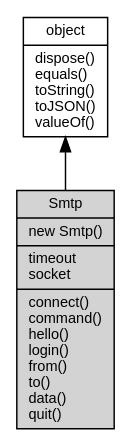
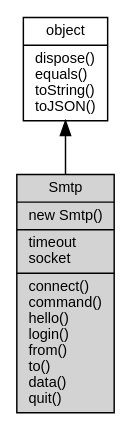
The diagram in docs/manual/object/ifs/Smtp.md (fibjs/fibjs.org), drawn with Graphviz before and after one commit. The commit also changed other lines of this file and 260 other files, not shown here.

````diff
--- a/docs/manual/object/ifs/Smtp.md
+++ b/docs/manual/object/ifs/Smtp.md
@@ -5,10 +5,10 @@
 ```dot
 digraph {
     node [fontname="Helvetica,sans-Serif", fontsize=10, shape="record", style="filled", fillcolor="white"];
 
-    object [tooltip="object", URL="object.md", label="{object|dispose()\lequals()\ltoString()\ltoJSON()\lvalueOf()\l}"];
+    object [tooltip="object", URL="object.md", label="{object|dispose()\lequals()\ltoString()\ltoJSON()\l}"];
     Smtp [tooltip="Smtp", fillcolor="lightgray", label="{Smtp|new Smtp()\l|timeout\lsocket\l|connect()\lcommand()\lhello()\llogin()\lfrom()\lto()\ldata()\lquit()\l}"];
 
     object -> Smtp [dir=back];
 }
 ```
````
